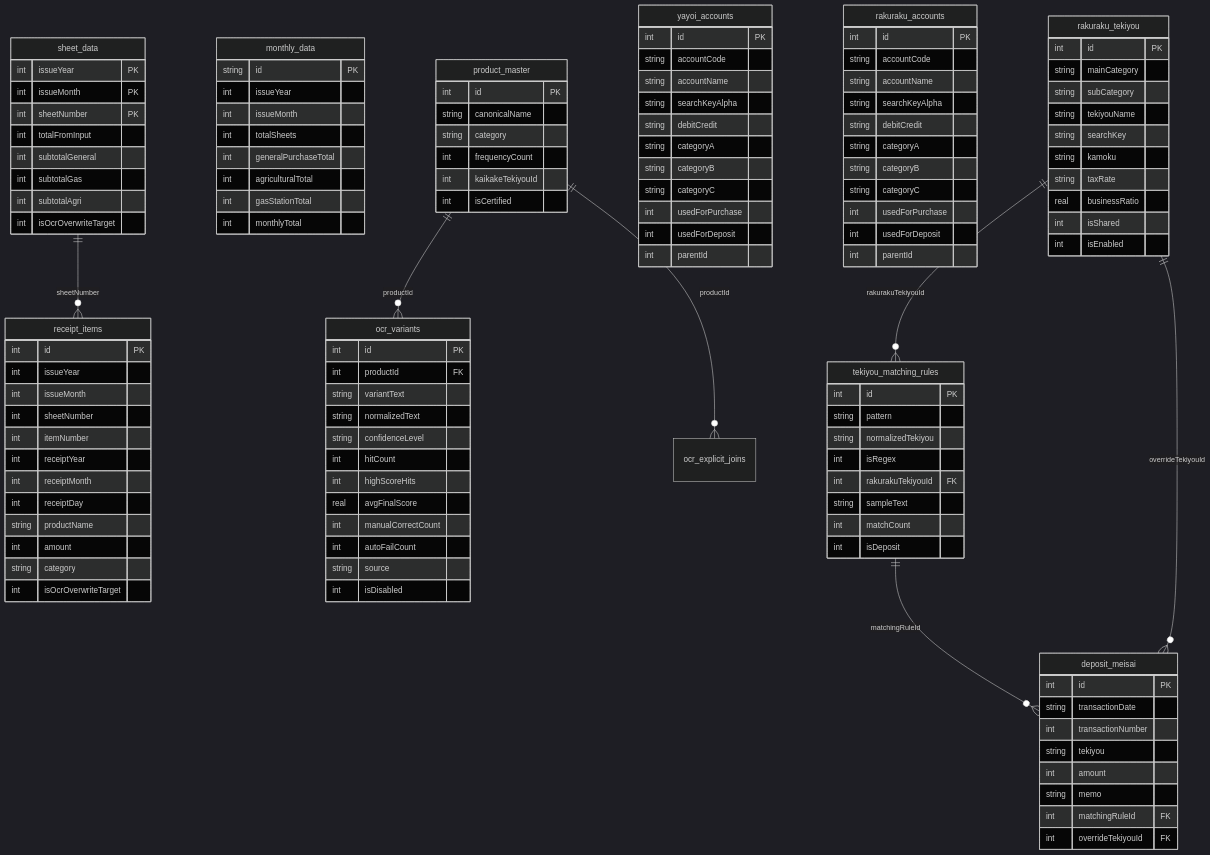
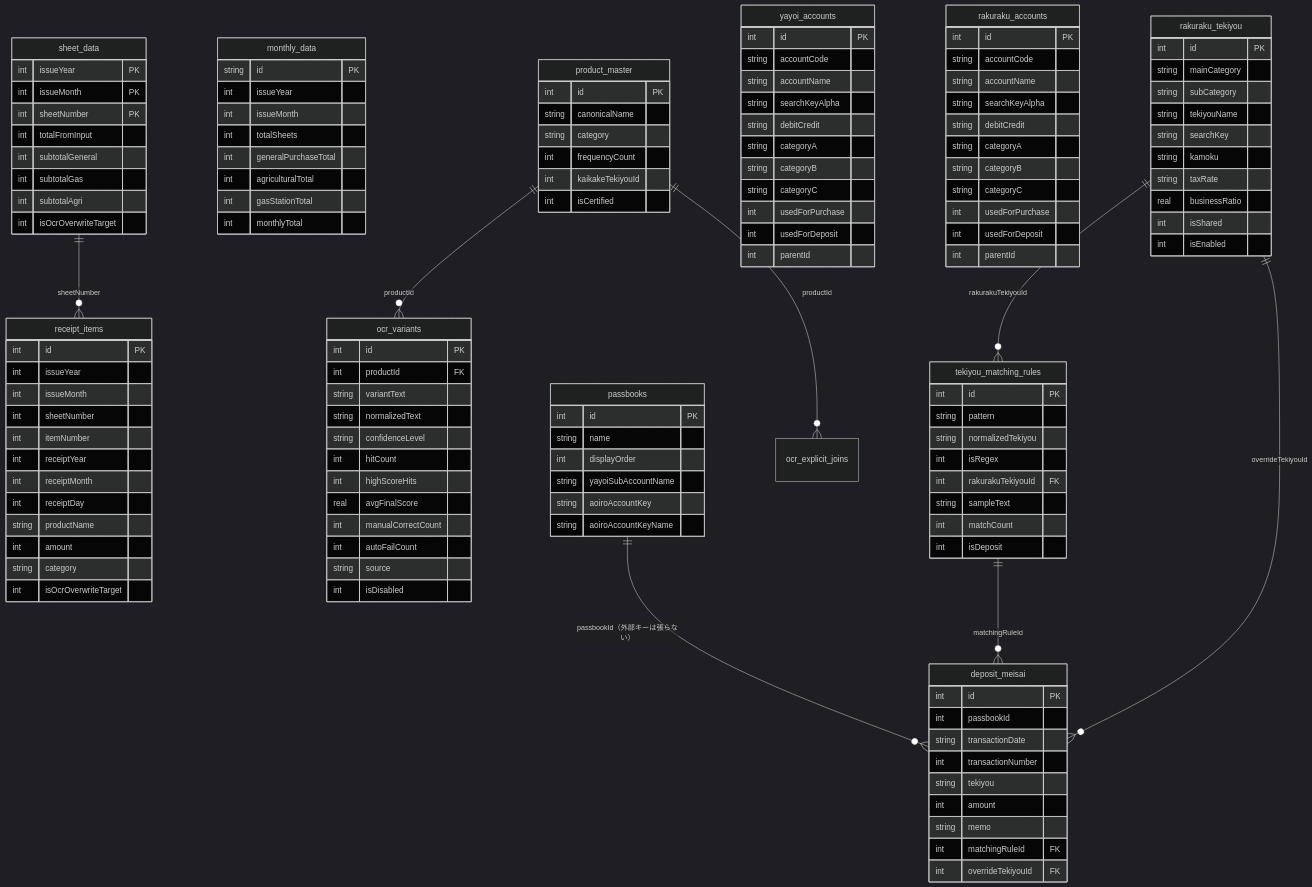
The second of 2 diagrams in docs/functional-design.md (toshi859sti/ReceiptOCR), drawn with Mermaid (dark theme) before and after one commit. The commit also changed other lines of this file and 2 other files, not shown here.

Commit message:
Close out the 2026-09-25 evening session
Add the passbooks table to the design docs (ER diagram, table list,
deposit notes) and fill in the session-end record in CURRENT_TASK.

````diff
--- a/docs/functional-design.md
+++ b/docs/functional-design.md
@@ -144,8 +144,17 @@
         int isShared
         int isEnabled
     }
+    passbooks {
+        int id PK
+        string name
+        int displayOrder
+        string yayoiSubAccountName
+        string aoiroAccountKey
+        string aoiroAccountKeyName
+    }
     deposit_meisai {
         int id PK
+        int passbookId
         string transactionDate
         int transactionNumber
         string tekiyou
@@ -170,4 +179,5 @@
     rakuraku_tekiyou ||--o{ tekiyou_matching_rules : "rakurakuTekiyouId"
     tekiyou_matching_rules ||--o{ deposit_meisai : "matchingRuleId"
     rakuraku_tekiyou ||--o{ deposit_meisai : "overrideTekiyouId"
+    passbooks ||--o{ deposit_meisai : "passbookId（外部キーは張らない）"
 ```
````
